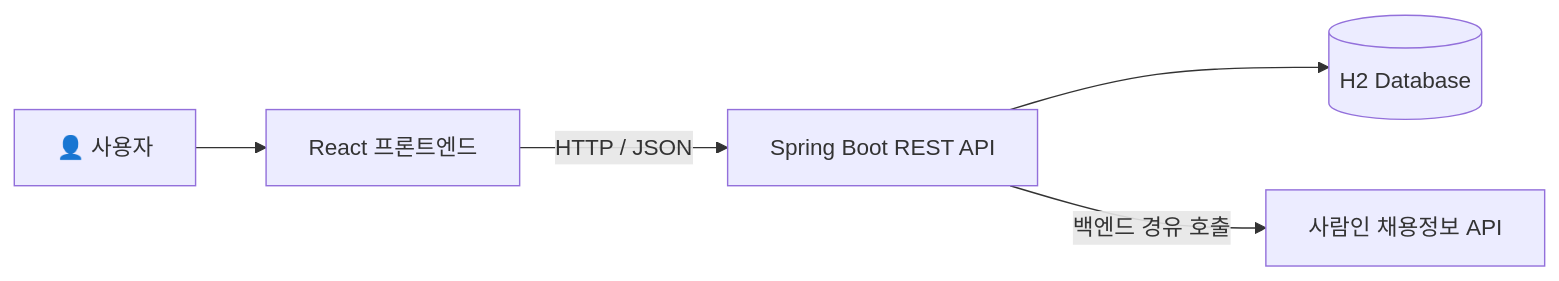
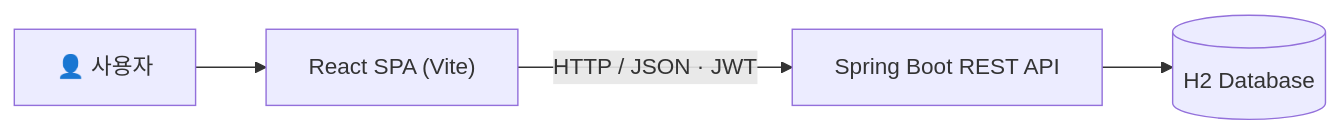
One commit to Bin-925/job-application-tracker changed the first of 2 diagrams in README.md. Above: the diagram before and after it, drawn with Mermaid. The commit also changed other lines of this file and 7 other files, not shown here.

````diff
--- a/README.md
+++ b/README.md
@@ -63,7 +70,6 @@
 ```mermaid
 flowchart LR
-    U["👤 사용자"] --> R["React 프론트엔드"]
-    R -->|"HTTP / JSON"| A["Spring Boot REST API"]
+    U["👤 사용자"] --> R["React SPA (Vite)"]
+    R -->|"HTTP / JSON · JWT"| A["Spring Boot REST API"]
     A --> DB[("H2 Database")]
-    A -->|"백엔드 경유 호출"| S["사람인 채용정보 API"]
 ```
````
